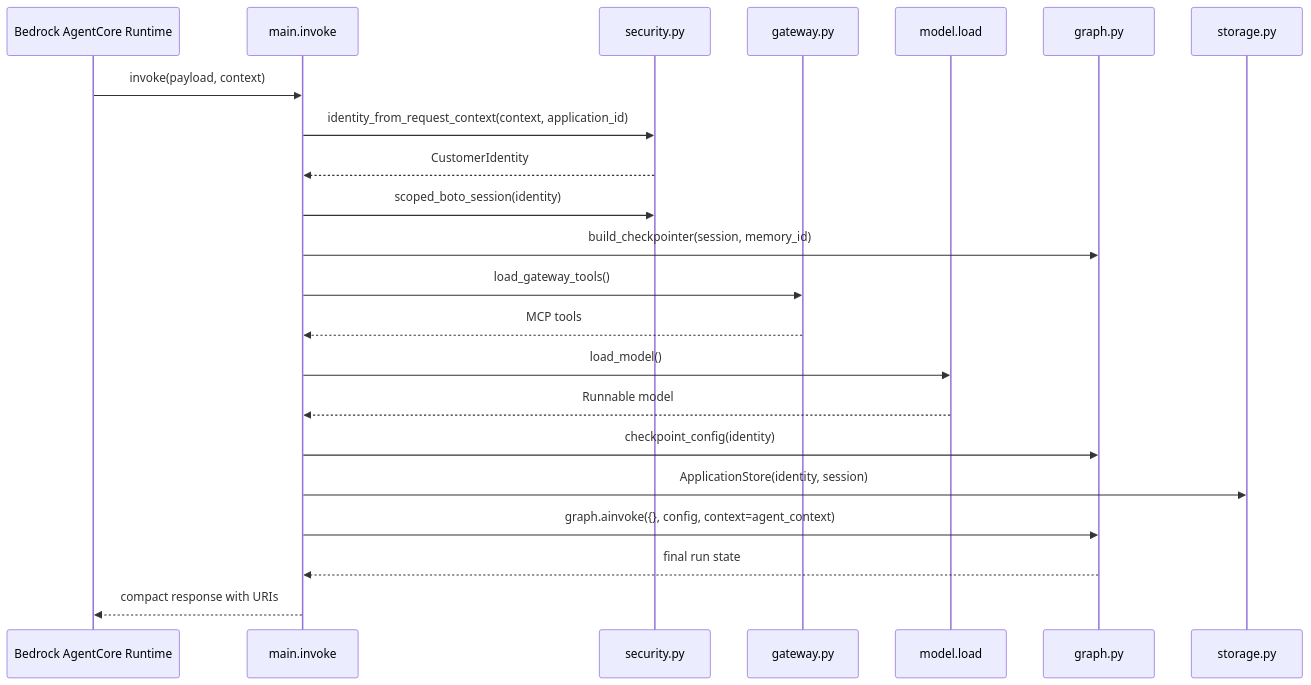
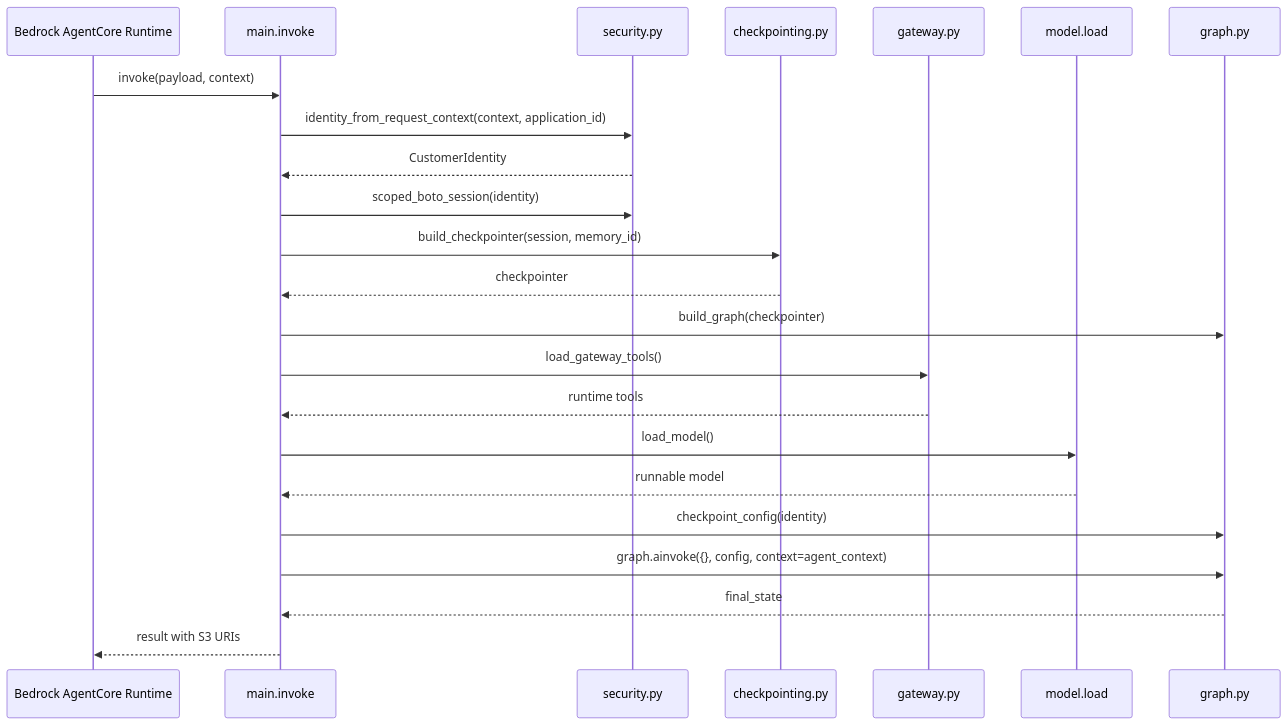
The first of 3 diagrams in openwiki/integrations/agentcore-runtime-and-gateway.md (stevejgoodman/fionaa-aws), drawn with Mermaid before and after one commit. The commit also changed other lines of this file and 20 other files, not shown here.

````diff
--- a/openwiki/integrations/agentcore-runtime-and-gateway.md
+++ b/openwiki/integrations/agentcore-runtime-and-gateway.md
@@ -50,25 +53,26 @@
 ```mermaid
 sequenceDiagram
     participant Runtime as Bedrock AgentCore Runtime
     participant Main as main.invoke
     participant Security as security.py
+    participant Checkpoint as checkpointing.py
     participant Gateway as gateway.py
     participant Model as model.load
     participant Graph as graph.py
-    participant Store as storage.py
 
     Runtime->>Main: invoke(payload, context)
     Main->>Security: identity_from_request_context(context, application_id)
     Security-->>Main: CustomerIdentity
     Main->>Security: scoped_boto_session(identity)
-    Main->>Graph: build_checkpointer(session, memory_id)
+    Main->>Checkpoint: build_checkpointer(session, memory_id)
+    Checkpoint-->>Main: checkpointer
+    Main->>Graph: build_graph(checkpointer)
     Main->>Gateway: load_gateway_tools()
-    Gateway-->>Main: MCP tools
+    Gateway-->>Main: runtime tools
     Main->>Model: load_model()
-    Model-->>Main: Runnable model
+    Model-->>Main: runnable model
     Main->>Graph: checkpoint_config(identity)
-    Main->>Store: ApplicationStore(identity, session)
     Main->>Graph: graph.ainvoke({}, config, context=agent_context)
-    Graph-->>Main: final run state
-    Main-->>Runtime: compact response with URIs
+    Graph-->>Main: final_state
+    Main-->>Runtime: result with S3 URIs
 ```
````
